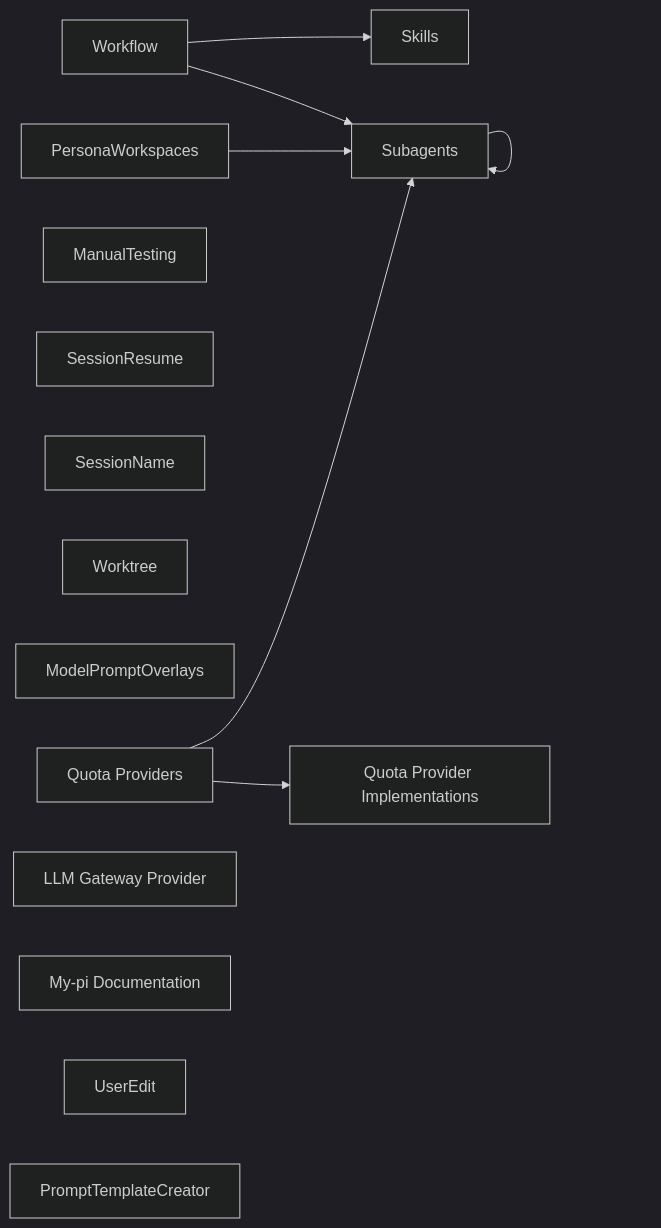
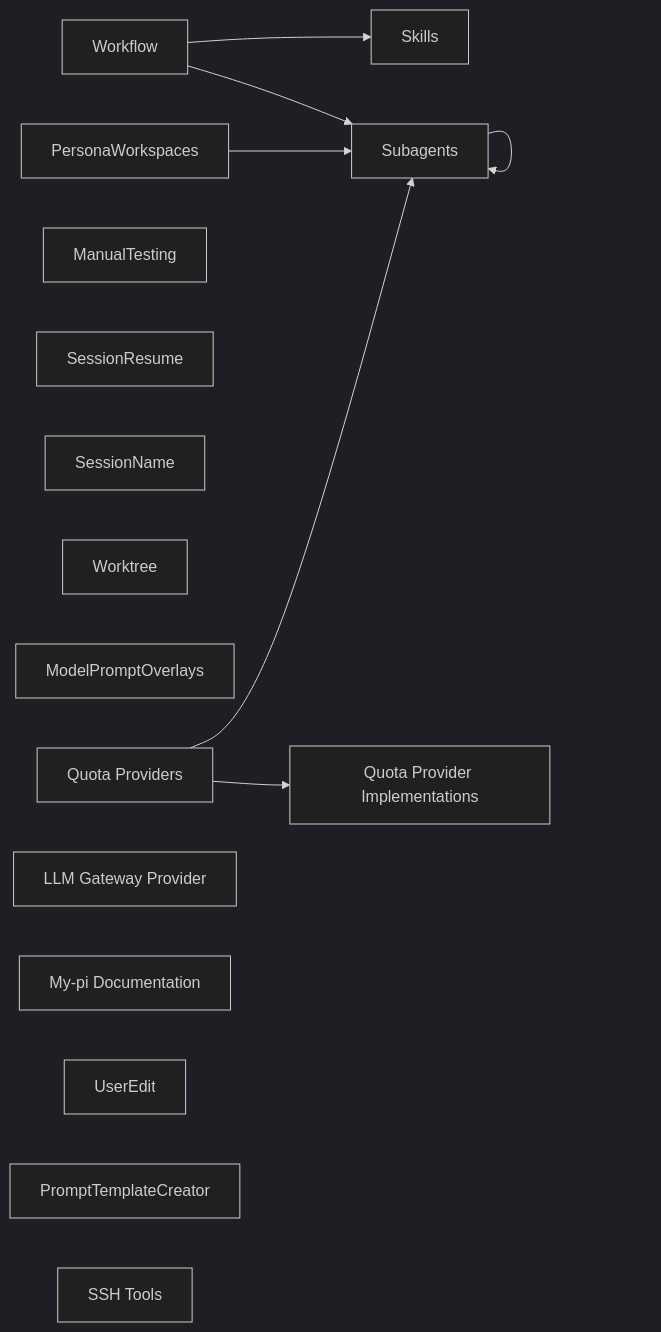
The first of 2 diagrams in codemap.md (alennartz/my-pi), drawn with Mermaid (dark theme) before and after one commit. The commit also changed other lines of this file and 7 other files, not shown here.

Commit message:
feat(ssh-tools): add persistent remote shell and file tools

````diff
--- a/codemap.md
+++ b/codemap.md
@@ -7,18 +7,19 @@
 ```mermaid
 graph LR
   Workflow --> Skills
   Workflow --> Subagents
   Subagents --> Subagents
   PersonaWorkspaces --> Subagents
   ManualTesting
   SessionResume
   SessionName
   Worktree
   ModelPromptOverlays
   QuotaProviders["Quota Providers"] --> Subagents
   QuotaProviders --> QuotaProviderImplementations["Quota Provider Implementations"]
   LLMGatewayProvider["LLM Gateway Provider"]
   MyPiDocumentation["My-pi Documentation"]
   UserEdit
   PromptTemplateCreator
+  SshTools["SSH Tools"]
 ```
````
